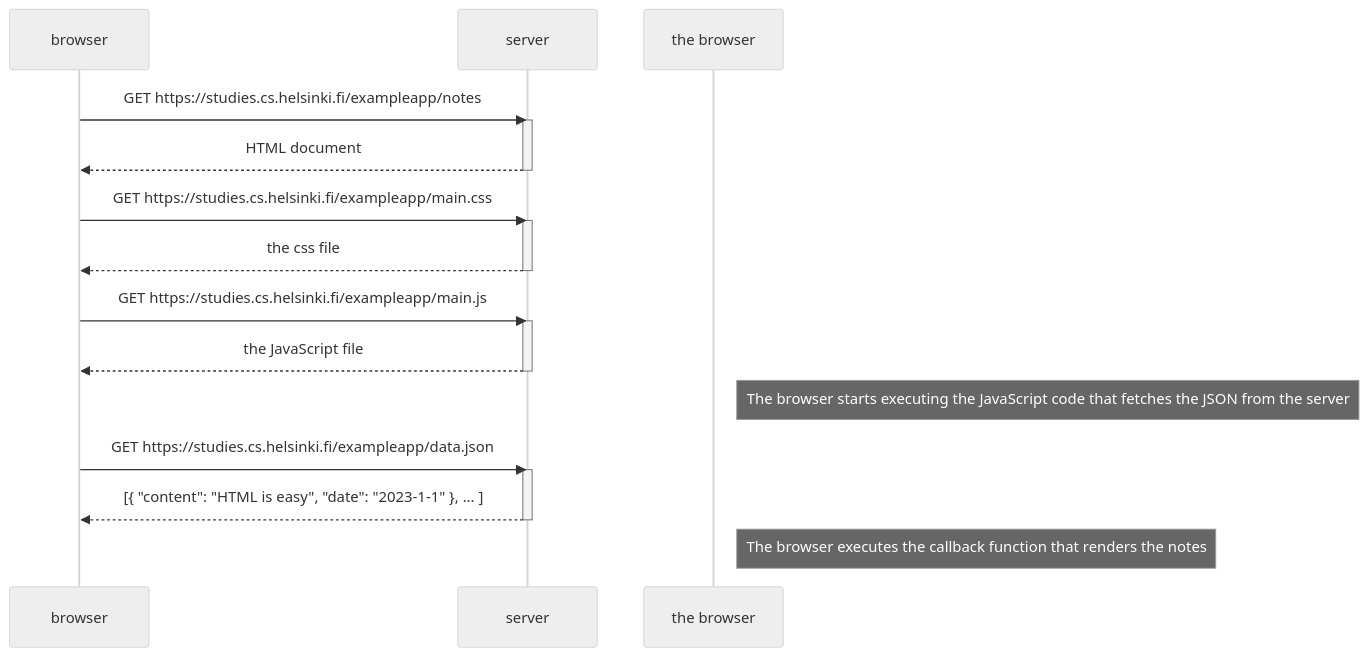
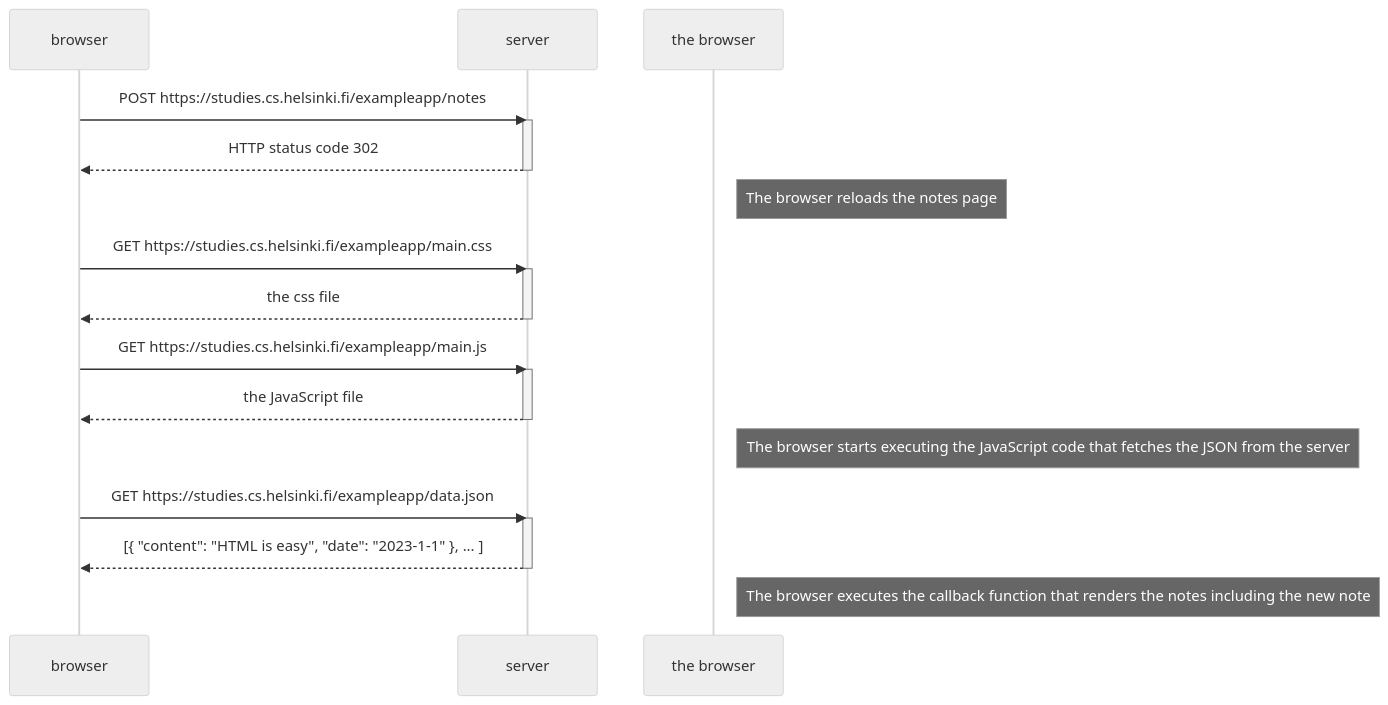
The diagram in part0/newNoteDiagram.md (EricMbatia/FullStackOpen), drawn with Mermaid (neutral theme) before and after one commit.

Commit message:
This is exercise 0.4: New note diagram

````diff
--- a/part0/newNoteDiagram.md
+++ b/part0/newNoteDiagram.md
@@ -1,29 +1,31 @@
 ```mermaid
 sequenceDiagram
     participant browser
     participant server
 
-    browser->>server: GET https://studies.cs.helsinki.fi/exampleapp/notes
+    browser->>server: POST https://studies.cs.helsinki.fi/exampleapp/notes
     activate server
-    server-->>browser: HTML document
+    server-->>browser: HTTP status code 302
     deactivate server
+
+    Note right of the browser: The browser reloads the notes page
 
     browser->>server: GET https://studies.cs.helsinki.fi/exampleapp/main.css
     activate server
     server-->>browser: the css file
     deactivate server
 
     browser->>server: GET https://studies.cs.helsinki.fi/exampleapp/main.js
     activate server
     server-->>browser: the JavaScript file
     deactivate server
 
     Note right of the browser: The browser starts executing the JavaScript code that fetches the JSON from the server
 
     browser->>server: GET https://studies.cs.helsinki.fi/exampleapp/data.json
     activate server
     server-->>browser: [{ "content": "HTML is easy", "date": "2023-1-1" }, ... ]
     deactivate server
 
-    Note right of the browser: The browser executes the callback function that renders the notes
+    Note right of the browser: The browser executes the callback function that renders the notes including the new note
  ```
````
